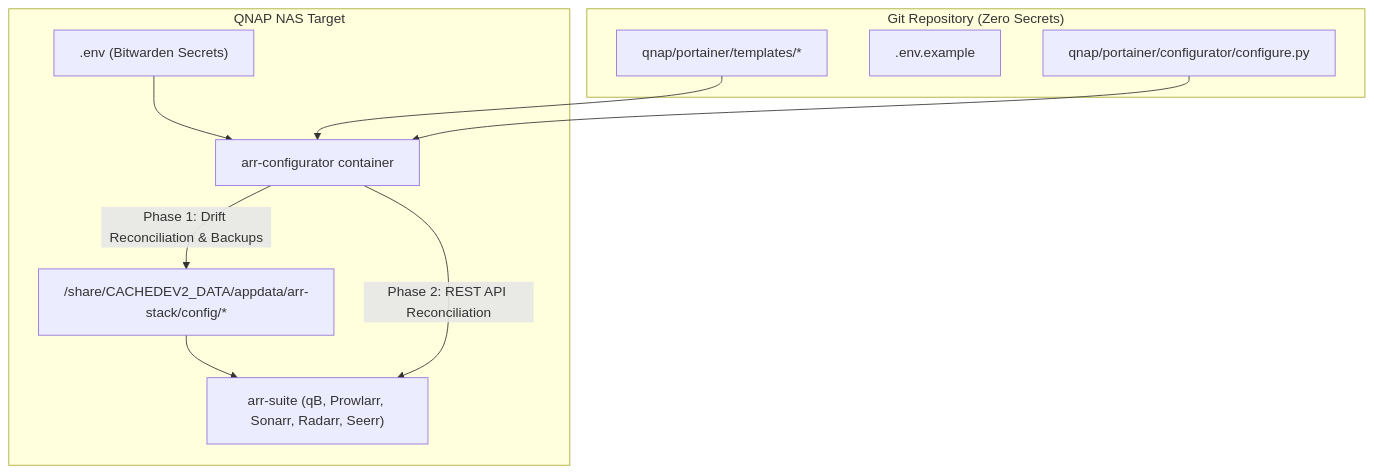
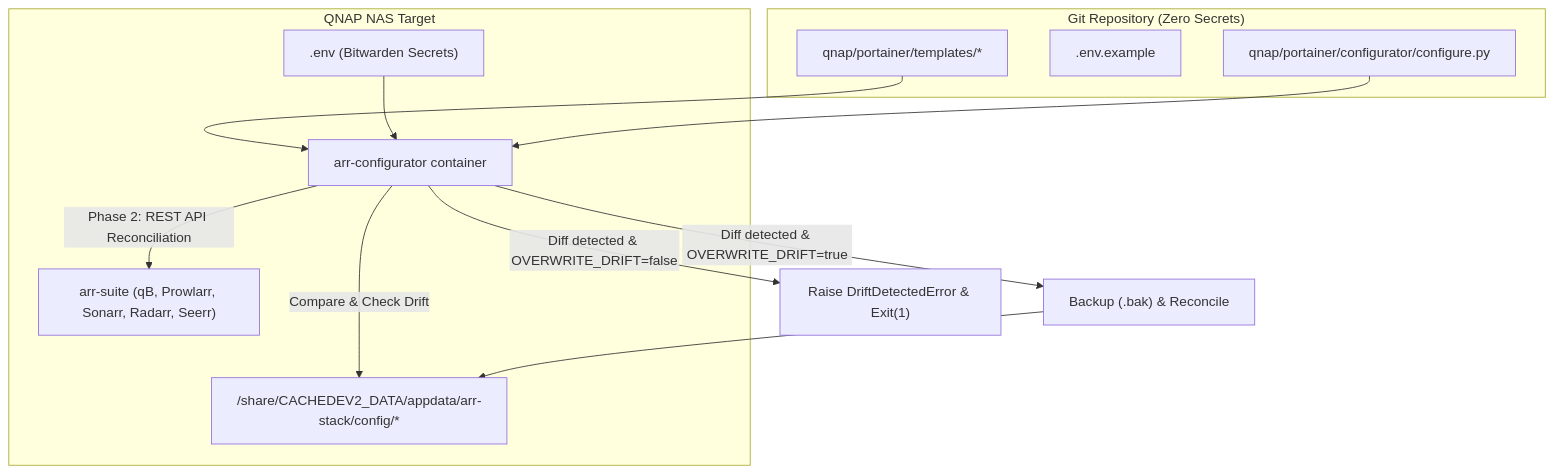
Before and after one commit to reidMaks/test: the diagram in docs/architecture/033-media-stack-configuration-as-code.md, drawn with Mermaid. The commit also changed other lines of this file and 2 other files, not shown here.

Commit message:
feat(qnap): raise DriftDetectedError on config drift and require explicit decision

````diff
--- a/docs/architecture/033-media-stack-configuration-as-code.md
+++ b/docs/architecture/033-media-stack-configuration-as-code.md
@@ -30,23 +35,25 @@
 ```mermaid
 flowchart TD
     subgraph Repo ["Git Repository (Zero Secrets)"]
         Templates["qnap/portainer/templates/*"]
         EnvExample[".env.example"]
         Configurator["qnap/portainer/configurator/configure.py"]
     end
 
     subgraph QNAP ["QNAP NAS Target"]
         Env[".env (Bitwarden Secrets)"]
         Init["arr-configurator container"]
         Configs["/share/CACHEDEV2_DATA/appdata/arr-stack/config/*"]
         Services["arr-suite (qB, Prowlarr, Sonarr, Radarr, Seerr)"]
     end
 
     Templates --> Init
     Env --> Init
     Configurator --> Init
 
-    Init -- "Phase 1: Drift Reconciliation & Backups" --> Configs
-    Configs --> Services
+    Init -- "Compare & Check Drift" --> Configs
+    Init -- "Diff detected & OVERWRITE_DRIFT=false" --> Err["Raise DriftDetectedError & Exit(1)"]
+    Init -- "Diff detected & OVERWRITE_DRIFT=true" --> Overwrite["Backup (.bak) & Reconcile"]
+    Overwrite --> Configs
     Init -- "Phase 2: REST API Reconciliation" --> Services
 ```
````
